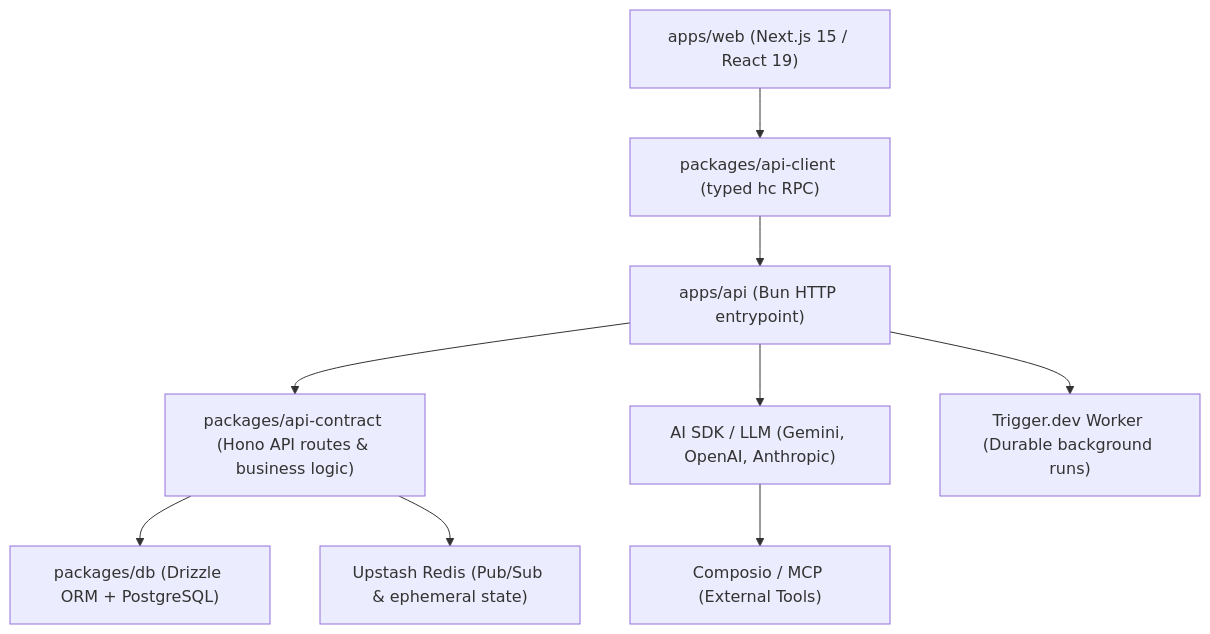
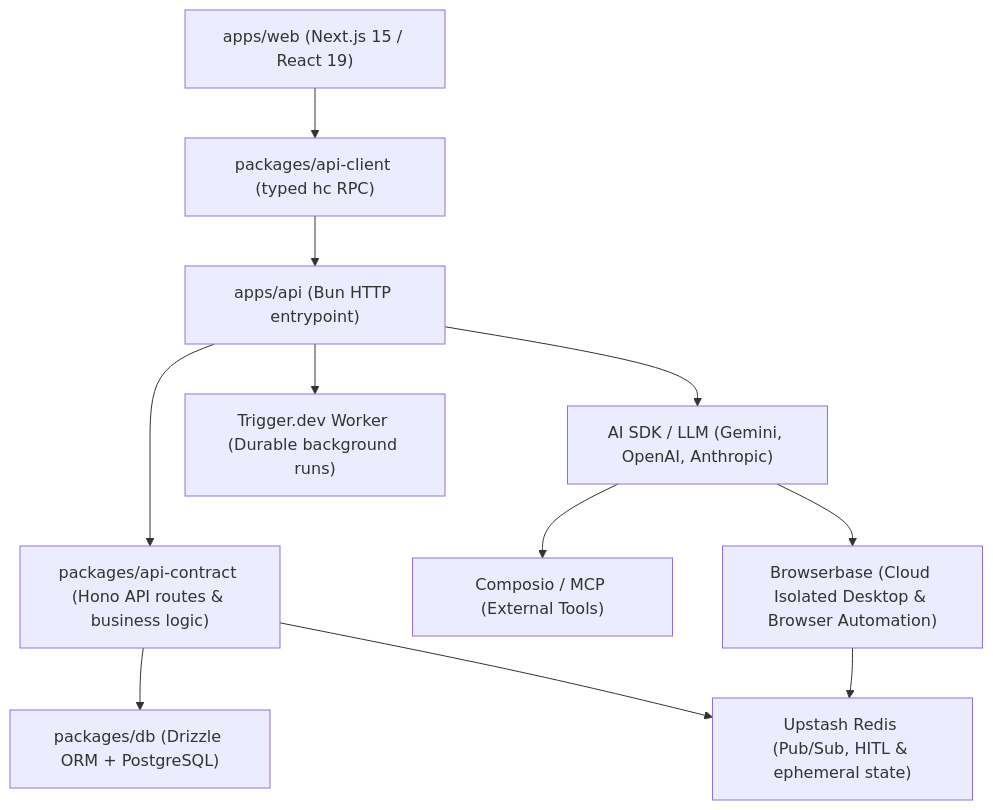
One commit to r2hu1/openbots changed the diagram in KNOWLEDGE.md. Above: the diagram before and after it, drawn with Mermaid. The commit also changed other lines of this file and 4 other files, not shown here.

````diff
--- a/KNOWLEDGE.md
+++ b/KNOWLEDGE.md
@@ -16,21 +17,24 @@
 ```mermaid
 graph TD
     Client["apps/web (Next.js 15 / React 19)"]
     APIClient["packages/api-client (typed hc RPC)"]
     API["apps/api (Bun HTTP entrypoint)"]
     Contract["packages/api-contract (Hono API routes & business logic)"]
     DB["packages/db (Drizzle ORM + PostgreSQL)"]
-    Redis["Upstash Redis (Pub/Sub & ephemeral state)"]
+    Redis["Upstash Redis (Pub/Sub, HITL & ephemeral state)"]
     AI["AI SDK / LLM (Gemini, OpenAI, Anthropic)"]
     Trigger["Trigger.dev Worker (Durable background runs)"]
     Composio["Composio / MCP (External Tools)"]
+    Browserbase["Browserbase (Cloud Isolated Desktop & Browser Automation)"]
 
     Client --> APIClient
     APIClient --> API
     API --> Contract
     Contract --> DB
     Contract --> Redis
     API --> AI
     API --> Trigger
     AI --> Composio
+    AI --> Browserbase
+    Browserbase --> Redis
 ```
````
